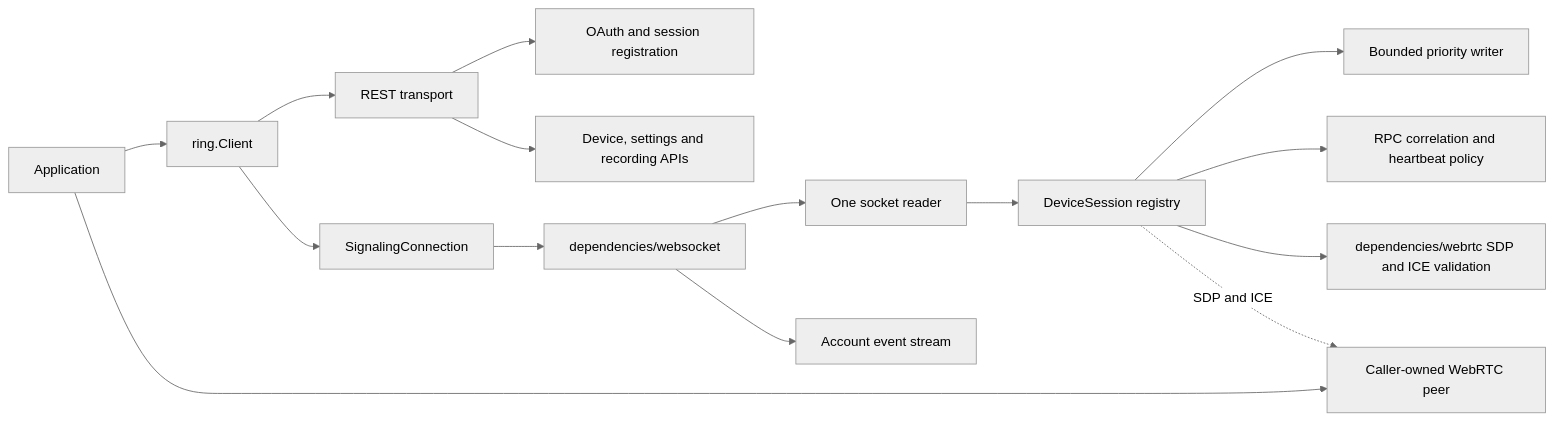
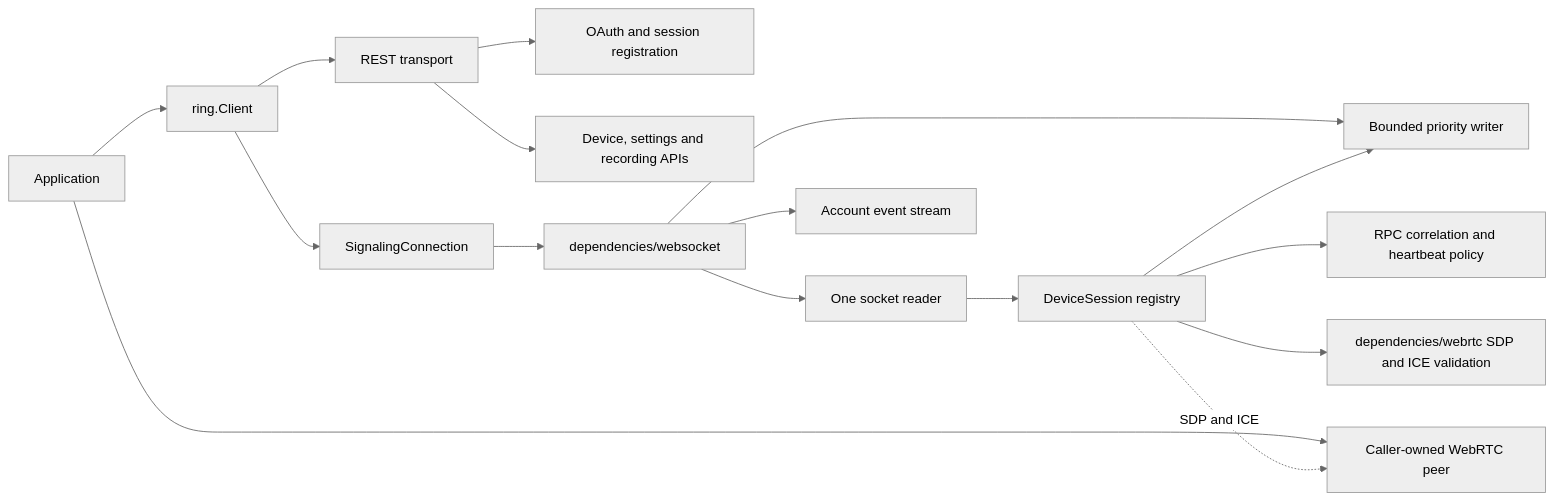
One commit to portpowered/go-ring changed the diagram in docs/developer-facing/library-architecture.md. Above: the diagram before and after it, drawn with Mermaid (neutral theme). The commit also changed other lines of this file and 7 other files, not shown here.

````diff
--- a/docs/developer-facing/library-architecture.md
+++ b/docs/developer-facing/library-architecture.md
@@ -7,17 +7,18 @@
 ```mermaid
 flowchart LR
     App[Application] --> Client[ring.Client]
     Client --> HTTP[REST transport]
     HTTP --> OAuth[OAuth and session registration]
     HTTP --> API[Device, settings and recording APIs]
     Client --> Connection[SignalingConnection]
     Connection --> Socket[dependencies/websocket]
     Socket --> Reader[One socket reader]
     Socket --> Events[Account event stream]
     Reader --> Sessions[DeviceSession registry]
-    Sessions --> Writer[Bounded priority writer]
+    Socket --> Writer[Bounded priority writer]
+    Sessions --> Writer
     Sessions --> RPC[RPC correlation and heartbeat policy]
     Sessions --> Media[dependencies/webrtc SDP and ICE validation]
     App --> Peer[Caller-owned WebRTC peer]
     Sessions -. SDP and ICE .-> Peer
 ```
````
